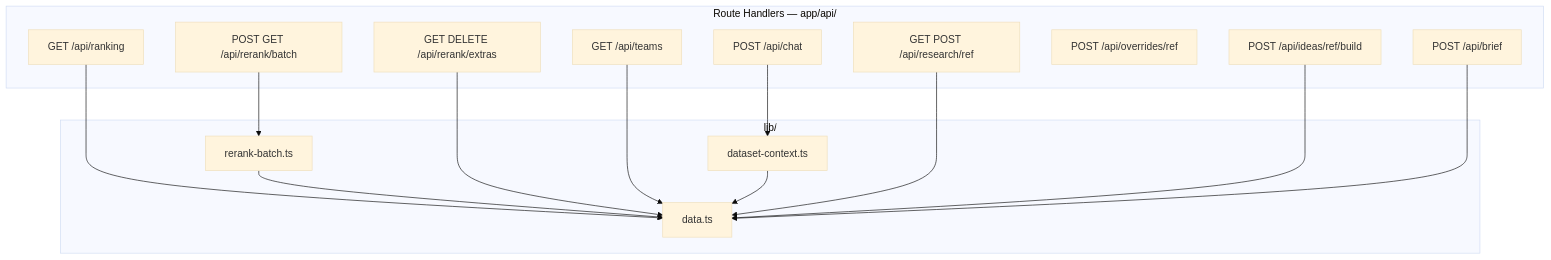
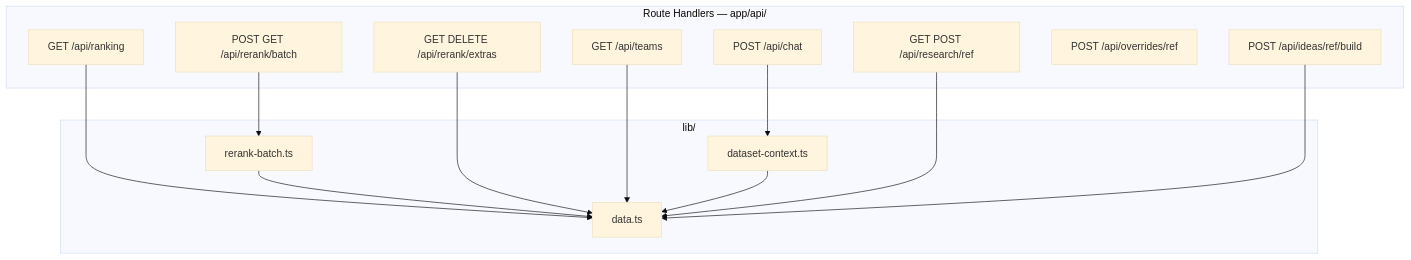
One commit to Manoj7ar/Hatch105-Project changed diagram 25 of 31 in README.md. Above: the diagram before and after it, drawn with Mermaid (base theme). The commit also changed other lines of this file and 47 other files, not shown here.

````diff
--- a/README.md
+++ b/README.md
@@ -780,29 +731,27 @@
 ```mermaid
 flowchart TB
   subgraph Public["Route Handlers — app/api/"]
     RANK[GET /api/ranking]
     BATCH[POST GET /api/rerank/batch]
     EXTRAS[GET DELETE /api/rerank/extras]
     TEAMS[GET /api/teams]
     CHAT[POST /api/chat]
     RES[GET POST /api/research/ref]
     OVR[POST /api/overrides/ref]
-    BRIEF[POST /api/brief]
     BUILD[POST /api/ideas/ref/build]
   end
 
   subgraph Core["lib/"]
     DATA[data.ts]
     RB[rerank-batch.ts]
     DS[dataset-context.ts]
   end
 
   RANK --> DATA
   BATCH --> RB --> DATA
   EXTRAS --> DATA
   TEAMS --> DATA
   CHAT --> DS --> DATA
   RES --> DATA
   BUILD --> DATA
-  BRIEF --> DATA
 ```
````
